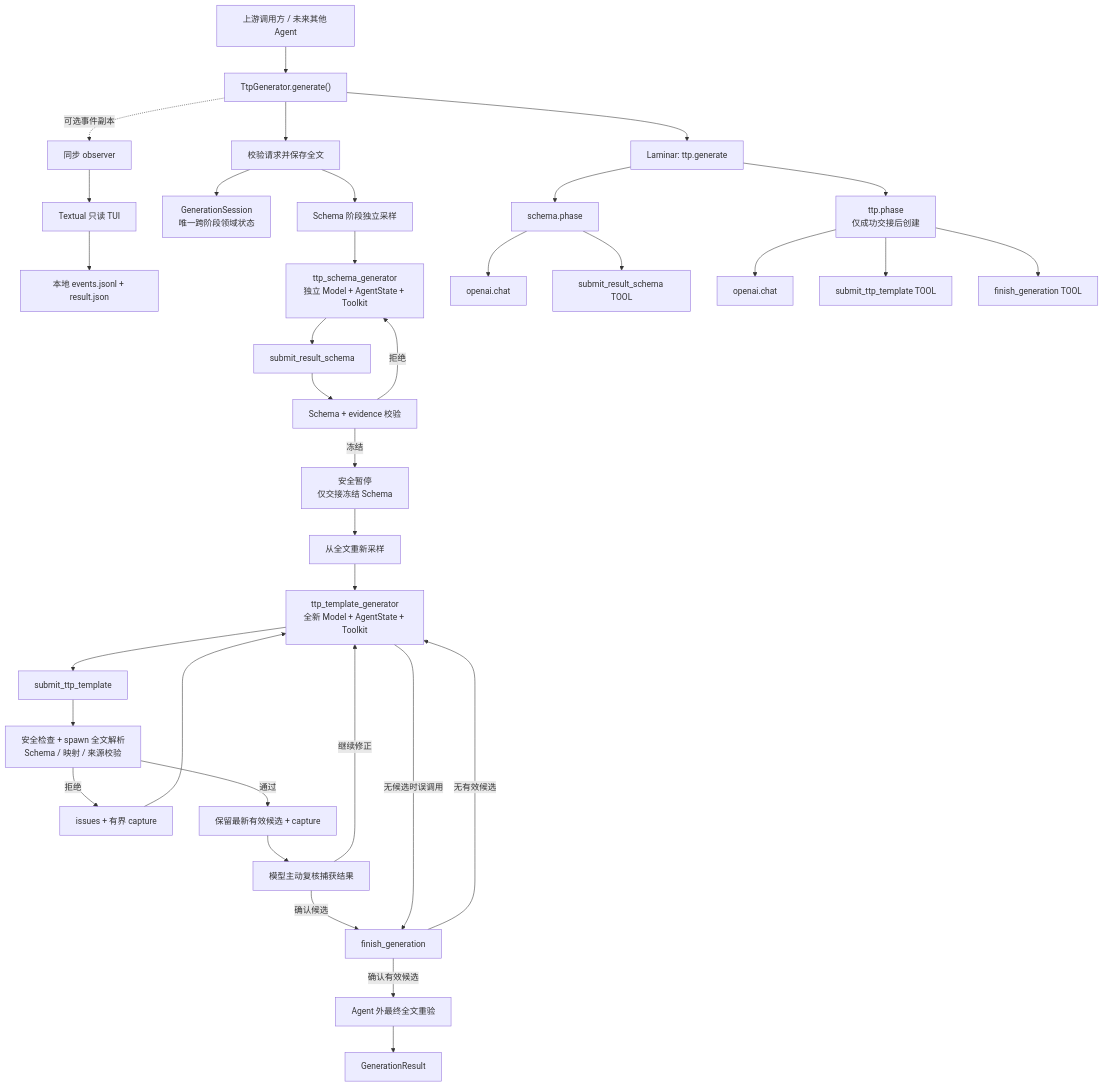
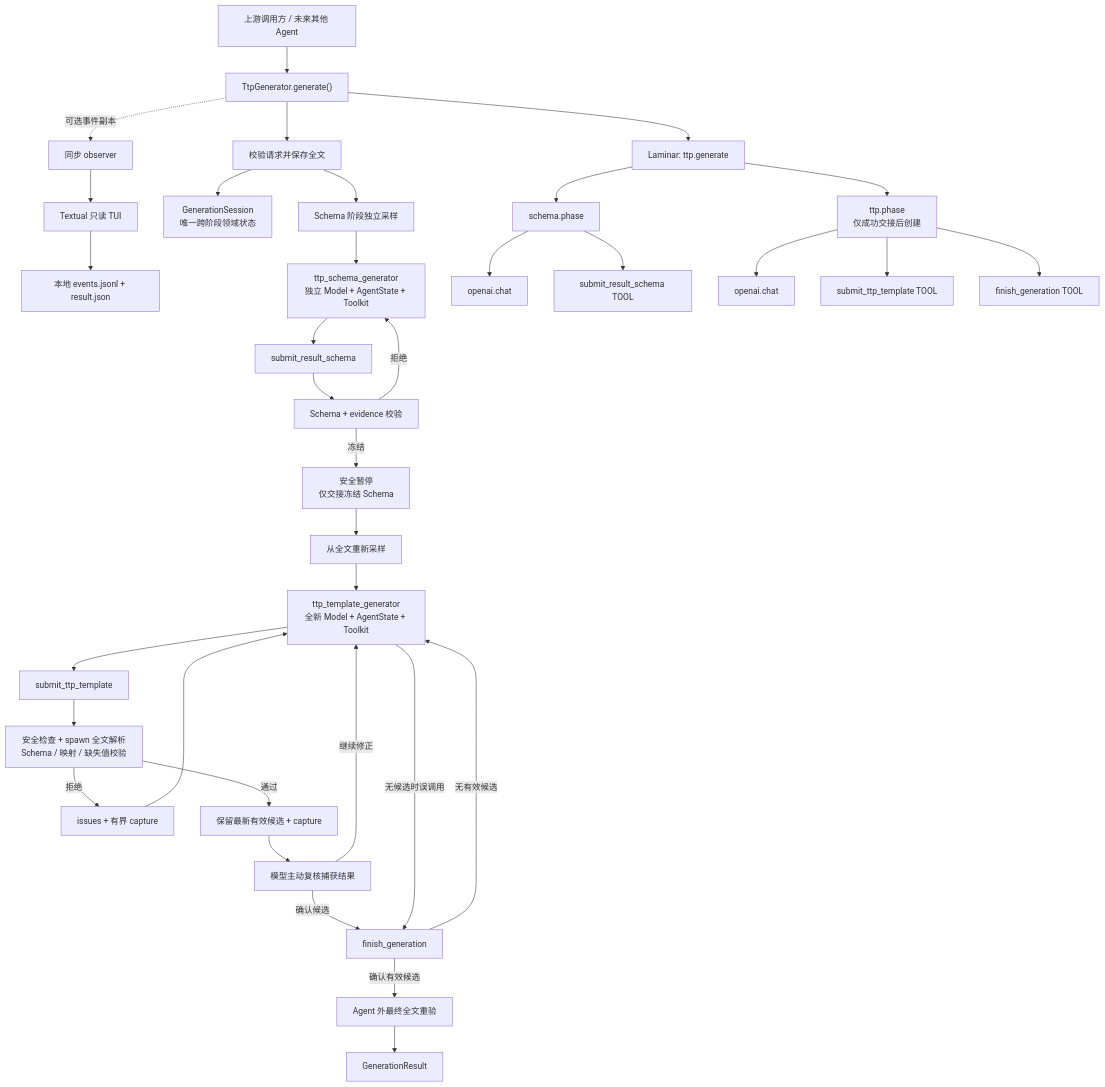
One commit to Madolkke/cli-parser changed the diagram in docs/agent-architecture-and-runtime.md. Above: the diagram before and after it, drawn with Mermaid. The commit also changed other lines of this file and 15 other files, not shown here.

First line of the commit message:
feat: relax schema evidence and draft declaration

````diff
--- a/docs/agent-architecture-and-runtime.md
+++ b/docs/agent-architecture-and-runtime.md
@@ -11,40 +11,40 @@
 ```mermaid
 flowchart TD
     U["上游调用方 / 未来其他 Agent"] --> API["TtpGenerator.generate()"]
     API --> REQ["校验请求并保存全文"]
     API --> ROOT["Laminar: ttp.generate"]
     API -. "可选事件副本" .-> OBS["同步 observer"]
     OBS --> TUI["Textual 只读 TUI"]
     TUI --> LOCAL["本地 events.jsonl + result.json"]
 
     REQ --> SESSION["GenerationSession<br/>唯一跨阶段领域状态"]
     REQ --> SSAMPLE["Schema 阶段独立采样"]
     SSAMPLE --> SAGENT["ttp_schema_generator<br/>独立 Model + AgentState + Toolkit"]
     SAGENT --> STOOL["submit_result_schema"]
     STOOL --> SVALIDATE["Schema + evidence 校验"]
     SVALIDATE -->|拒绝| SAGENT
     SVALIDATE -->|冻结| HANDOFF["安全暂停<br/>仅交接冻结 Schema"]
 
     HANDOFF --> TSAMPLE["从全文重新采样"]
     TSAMPLE --> TAGENT["ttp_template_generator<br/>全新 Model + AgentState + Toolkit"]
     TAGENT --> TTOOL["submit_ttp_template"]
-    TTOOL --> TVALIDATE["安全检查 + spawn 全文解析<br/>Schema / 映射 / 来源校验"]
+    TTOOL --> TVALIDATE["安全检查 + spawn 全文解析<br/>Schema / 映射 / 缺失值校验"]
     TVALIDATE -->|拒绝| CAPTURE["issues + 有界 capture"]
     CAPTURE --> TAGENT
     TVALIDATE -->|通过| CANDIDATE["保留最新有效候选 + capture"]
     CANDIDATE --> REVIEW["模型主动复核捕获结果"]
     REVIEW -->|继续修正| TAGENT
     REVIEW -->|确认候选| FTOOL["finish_generation"]
     TAGENT -->|无候选时误调用| FTOOL
     FTOOL -->|无有效候选| TAGENT
     FTOOL -->|确认有效候选| FINAL["Agent 外最终全文重验"]
     FINAL --> RESULT["GenerationResult"]
 
     ROOT --> SPHASE["schema.phase"]
     SPHASE --> SLLM["openai.chat"]
     SPHASE --> STOOLSPAN["submit_result_schema TOOL"]
     ROOT --> TPHASE["ttp.phase<br/>仅成功交接后创建"]
     TPHASE --> TLLM["openai.chat"]
     TPHASE --> TTOOLSPAN["submit_ttp_template TOOL"]
     TPHASE --> FTOOLSPAN["finish_generation TOOL"]
 ```
````
